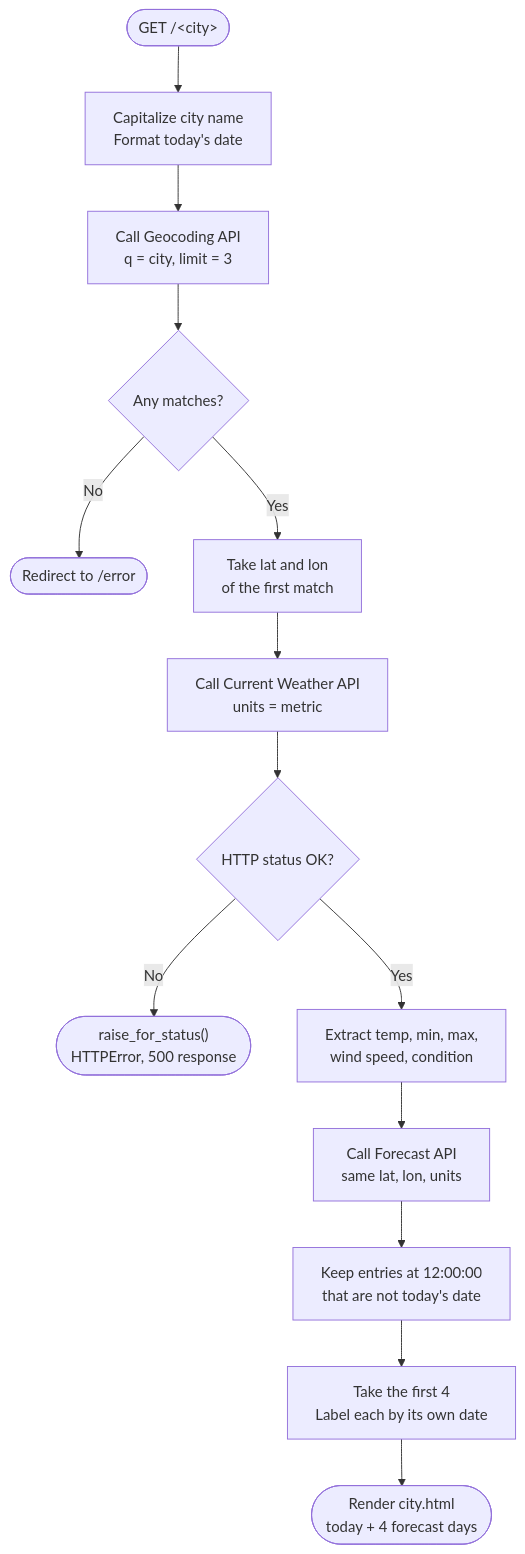
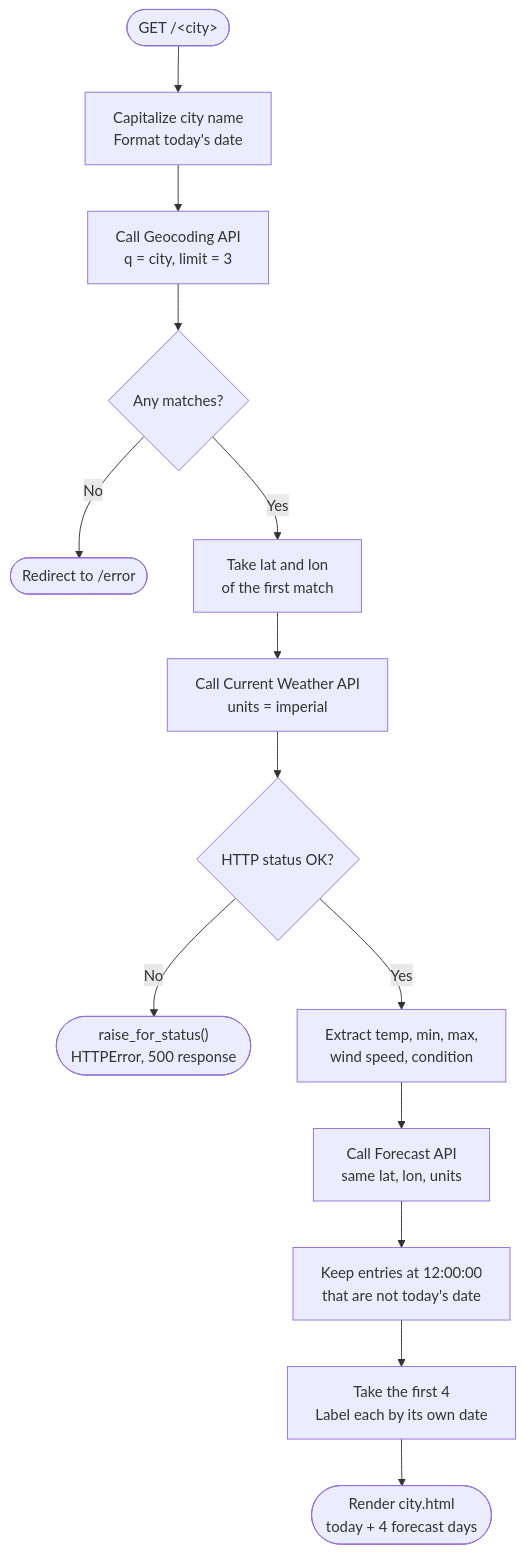
Before and after one commit to dpreschel/claude-code-training: the third of 3 diagrams in exercises/python/weather-app/docs/architecture.md, drawn with Mermaid. The commit also changed other lines of this file and 7 other files, not shown here.

First line of the commit message:
weather-app: switch to imperial units (°F, mph)

````diff
--- a/exercises/python/weather-app/docs/architecture.md
+++ b/exercises/python/weather-app/docs/architecture.md
@@ -98,16 +98,16 @@
 ```mermaid
 flowchart TD
     Start(["GET /#lt;city#gt;"]) --> Format["Capitalize city name<br/>Format today's date"]
     Format --> GeoCall["Call Geocoding API<br/>q = city, limit = 3"]
     GeoCall --> Found{"Any matches?"}
     Found -->|"No"| ErrorPage(["Redirect to /error"])
     Found -->|"Yes"| Coords["Take lat and lon<br/>of the first match"]
-    Coords --> CurCall["Call Current Weather API<br/>units = metric"]
+    Coords --> CurCall["Call Current Weather API<br/>units = imperial"]
     CurCall --> Status{"HTTP status OK?"}
     Status -->|"No"| Raise(["raise_for_status()<br/>HTTPError, 500 response"])
     Status -->|"Yes"| Extract["Extract temp, min, max,<br/>wind speed, condition"]
     Extract --> FcCall["Call Forecast API<br/>same lat, lon, units"]
     FcCall --> Filter["Keep entries at 12:00:00<br/>that are not today's date"]
     Filter --> Slice["Take the first 4<br/>Label each by its own date"]
     Slice --> Render(["Render city.html<br/>today + 4 forecast days"])
 ```
````
